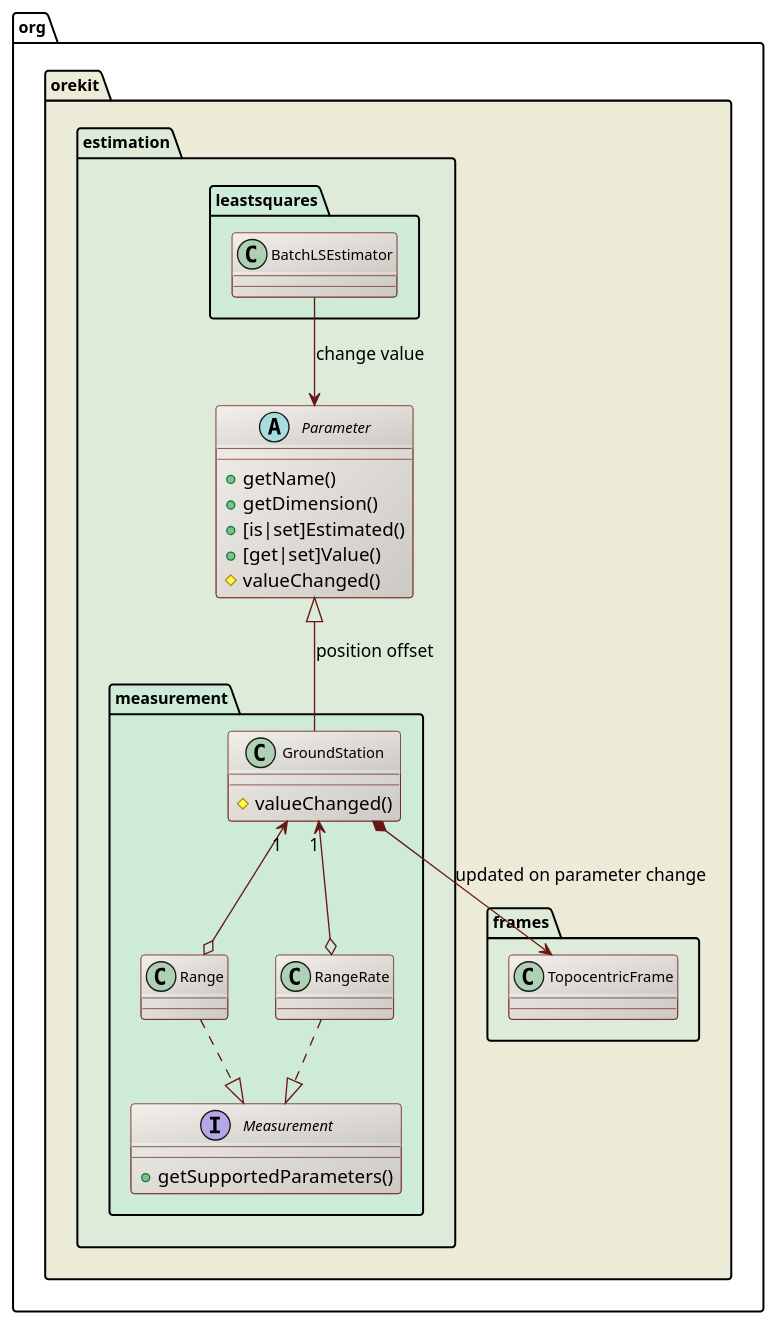
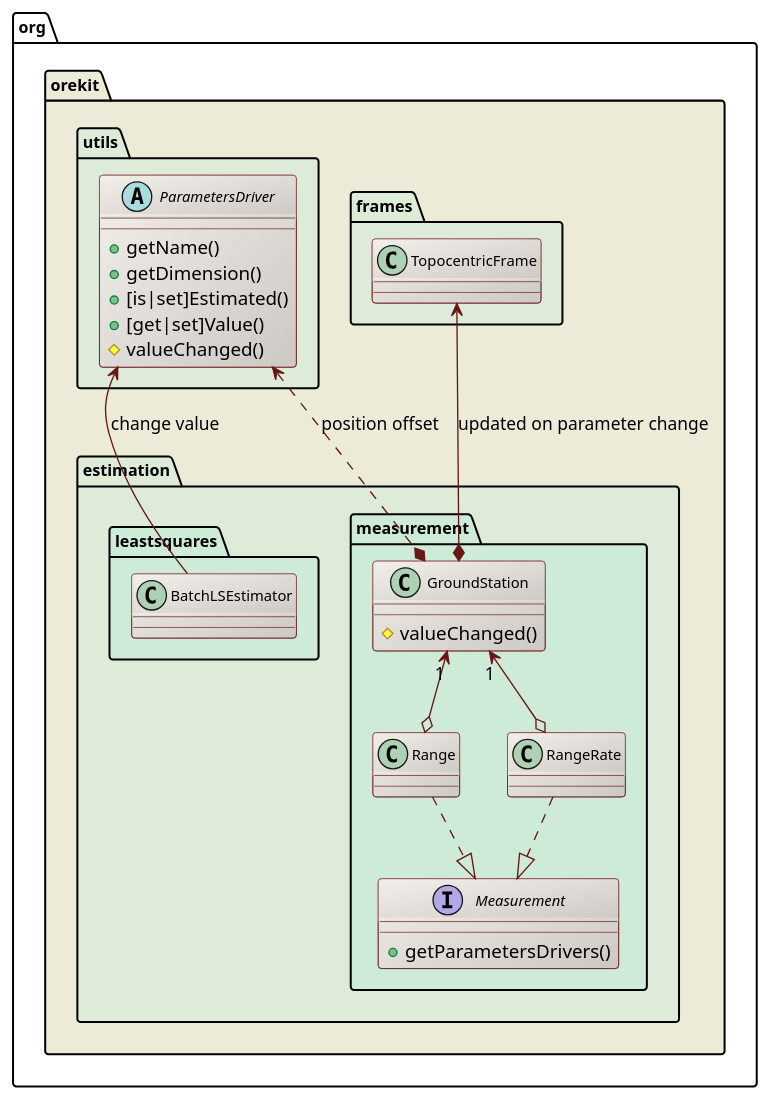
Before and after one commit to CS-SI/Orekit: the diagram in src/design/orbit-determination-parameters-class-diagram.puml, drawn with PlantUML. The commit also changed 33 other files, not shown here.

First line of the commit message:
Set up a ParameterDriver class.

```diff
--- a/src/design/orbit-determination-parameters-class-diagram.puml
+++ b/src/design/orbit-determination-parameters-class-diagram.puml
@@ -17,56 +17,56 @@
 @startuml
 
   skinparam svek                  true
   skinparam ClassBackgroundColor  #F3EFEB/CCC9C5
   skinparam ClassArrowColor       #691616
   skinparam ClassBorderColor      #691616
   skinparam NoteBackgroundColor   #F3EFEB
   skinparam NoteBorderColor       #691616
   skinparam NoteFontColor         #691616
   skinparam ClassFontSize         11
   skinparam PackageFontSize       12
 
   package org.orekit #ECEBD8 {
 
+    package frames #DDEBD8 {
+      class TopocentricFrame
+    }
+
+    package utils #DDEBD8 {
+      abstract class ParametersDriver {
+        +getName()
+        +getDimension()
+        +[is|set]Estimated()
+        +[get|set]Value()
+        #valueChanged()
+      }
+    }
+
     package estimation #DDEBD8 {
 
       package leastsquares #CEEBD8 { 
         class BatchLSEstimator
       }
 
-      abstract class Parameter {
-        +getName()
-        +getDimension()
-        +[is|set]Estimated()
-        +[get|set]Value()
-        #valueChanged()
-      }
-    
-      BatchLSEstimator --> Parameter : change value
-
+      ParametersDriver <-- BatchLSEstimator : change value
       package measurement #CEEBD8 {
         interface Measurement {
-          +getSupportedParameters()
+          +getParametersDrivers()
         }
         class GroundStation {
           #valueChanged()
         }
         Range     ..|> Measurement
         RangeRate ..|> Measurement
         GroundStation "1" <--o Range
         GroundStation "1" <--o RangeRate
-        Parameter <|-- GroundStation : position offset
-      }
+        ParametersDriver <..* GroundStation : position offset
+        TopocentricFrame <--* GroundStation : updated on parameter change
+       }
 
     }
 
-    package frames #DDEBD8 {
-      class TopocentricFrame
-      GroundStation *--> TopocentricFrame : updated on parameter change
-    }
-
-    
   }
 
 
 @enduml
```
